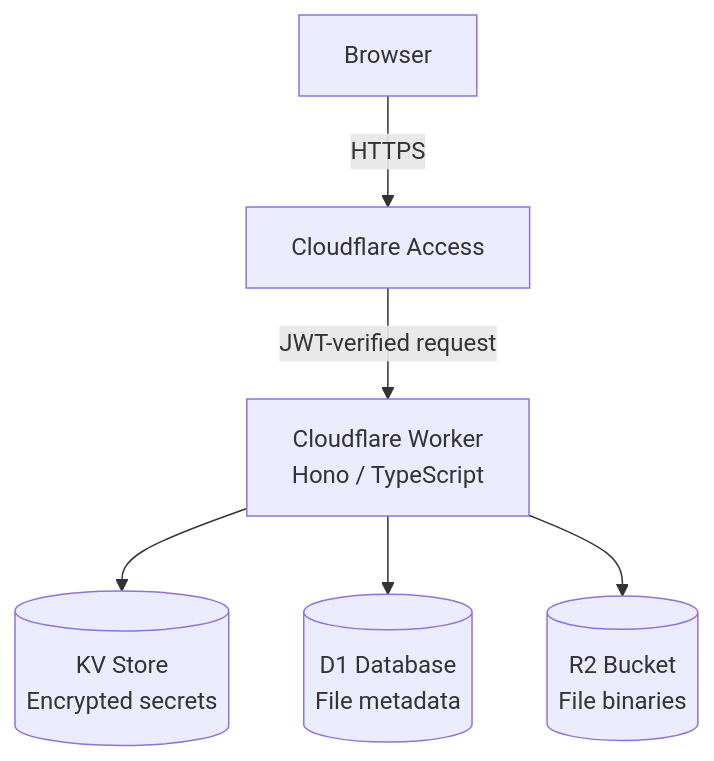
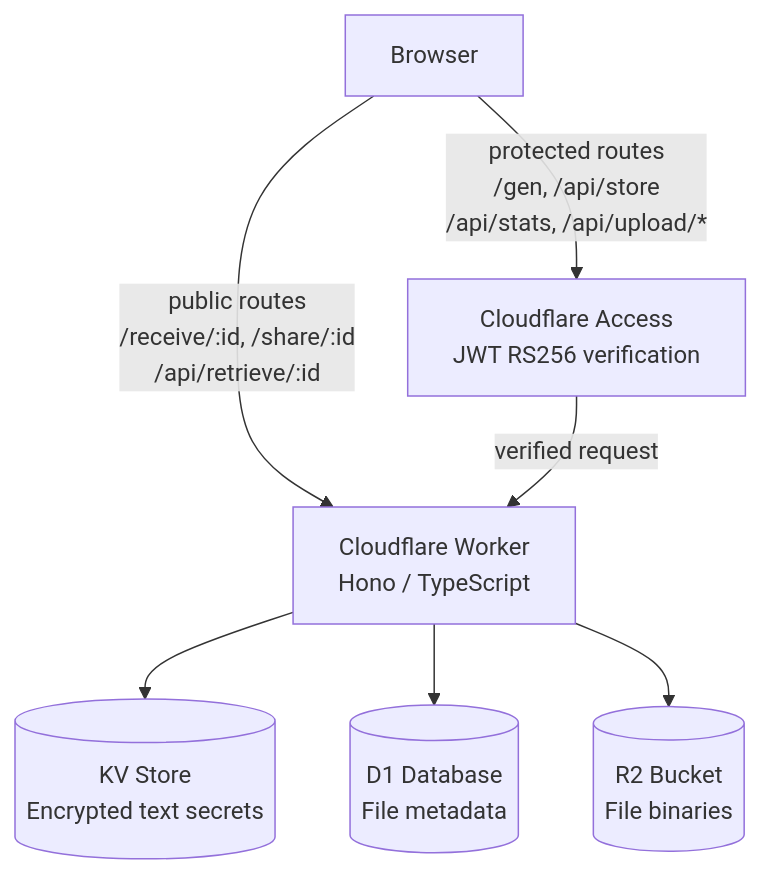
One commit to maciekaz/Edge-Secrets changed the fifth of 5 diagrams in README.md. Above: the diagram before and after it, drawn with Mermaid. The commit also changed other lines of this file, not shown here.

First line of the commit message:
Fix Mermaid diagrams to match actual code

````diff
--- a/README.md
+++ b/README.md
@@ -113,9 +175,11 @@
 ```mermaid
 flowchart TD
-    Browser -->|HTTPS| CFA[Cloudflare Access]
-    CFA -->|JWT-verified request| Worker[Cloudflare Worker\nHono / TypeScript]
+    Browser -->|protected routes\n/gen, /api/store\n/api/stats, /api/upload/*| CFA[Cloudflare Access\nJWT RS256 verification]
+    Browser -->|public routes\n/receive/:id, /share/:id\n/api/retrieve/:id| Worker
 
-    Worker --> KV[(KV Store\nEncrypted secrets)]
+    CFA -->|verified request| Worker[Cloudflare Worker\nHono / TypeScript]
+
+    Worker --> KV[(KV Store\nEncrypted text secrets)]
     Worker --> D1[(D1 Database\nFile metadata)]
     Worker --> R2[(R2 Bucket\nFile binaries)]
 ```
````
